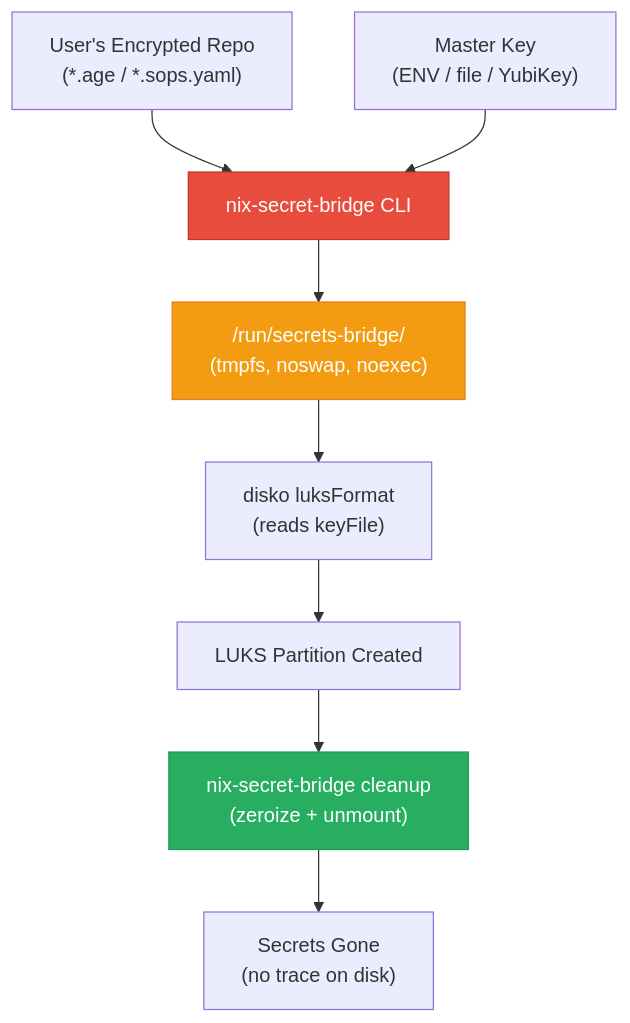
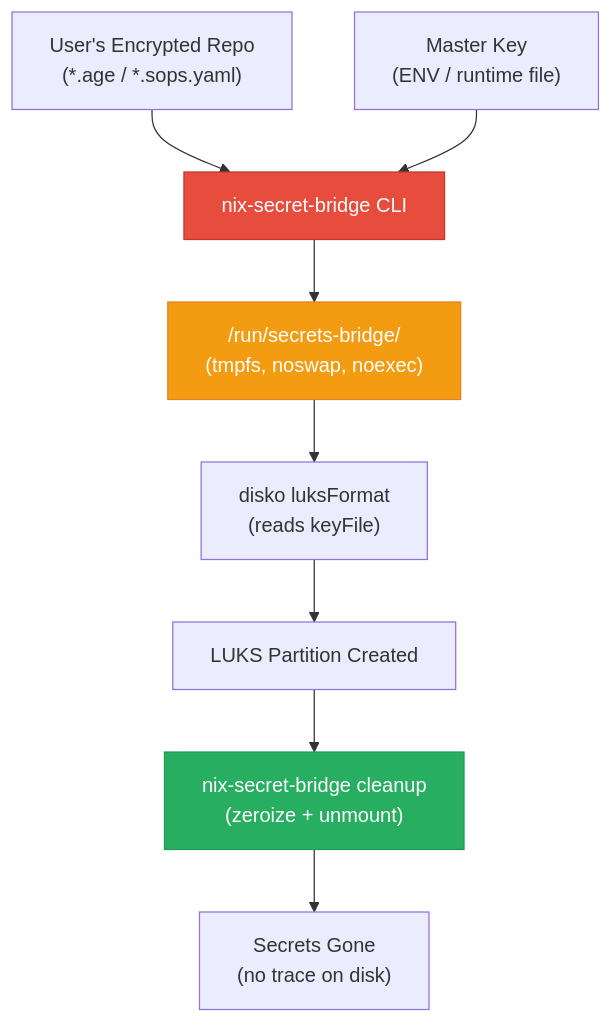
One commit to Mutasem-mk4/nix-secret-bridge changed the diagram in DESIGN.md. Above: the diagram before and after it, drawn with Mermaid. The commit also changed other lines of this file and 3 other files, not shown here.

````diff
--- a/DESIGN.md
+++ b/DESIGN.md
@@ -86,15 +86,15 @@
 ```mermaid
 graph TD
     A["User's Encrypted Repo<br/>(*.age / *.sops.yaml)"] --> C
-    B["Master Key<br/>(ENV / file / YubiKey)"] --> C
+    B["Master Key<br/>(ENV / runtime file)"] --> C
     C["nix-secret-bridge CLI"] --> D
     D["/run/secrets-bridge/<br/>(tmpfs, noswap, noexec)"]
     D --> E["disko luksFormat<br/>(reads keyFile)"]
     E --> F["LUKS Partition Created"]
     F --> G["nix-secret-bridge cleanup<br/>(zeroize + unmount)"]
     G --> H["Secrets Gone<br/>(no trace on disk)"]
 
     style C fill:#e74c3c,stroke:#c0392b,color:#fff
     style D fill:#f39c12,stroke:#e67e22,color:#fff
     style G fill:#27ae60,stroke:#229954,color:#fff
 ```
````
